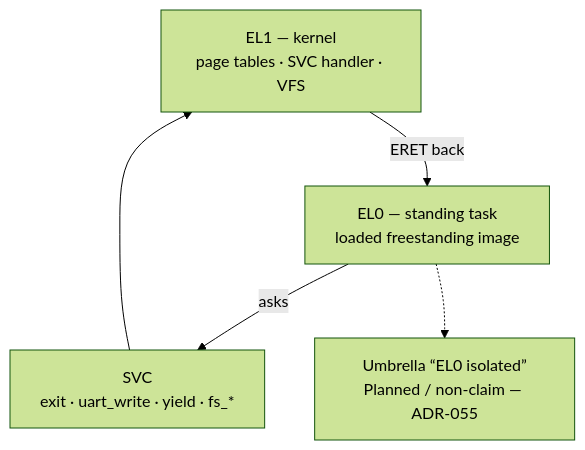
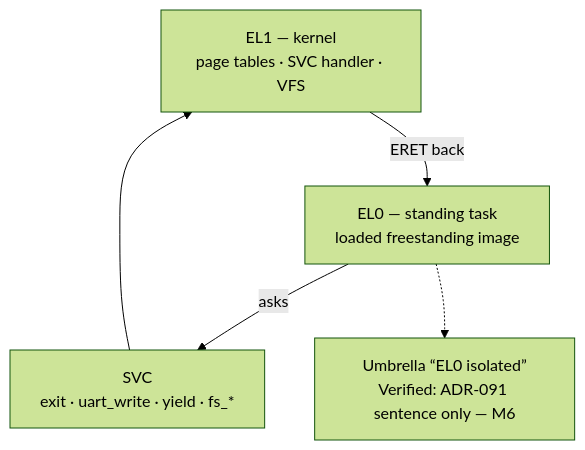
The second of 6 diagrams in docs/02-architecture/technical-architecture.md (artofdream/ctos), drawn with Mermaid (forest theme) before and after one commit. The commit also changed other lines of this file and 39 other files, not shown here.

First line of the commit message:
﻿docs: M6 "EL0 isolated" flip - ADR-091 Accepted (B3 met), threat model v1.70

````diff
--- a/docs/02-architecture/technical-architecture.md
+++ b/docs/02-architecture/technical-architecture.md
@@ -33,10 +33,10 @@
 ```mermaid
 flowchart TD
   EL1["EL1 — kernel<br/>page tables · SVC handler · VFS"]
   EL0["EL0 — standing task<br/>loaded freestanding image"]
   SVC["SVC<br/>exit · uart_write · yield · fs_*"]
-  UMB["Umbrella “EL0 isolated”<br/>Planned / non-claim — ADR-055"]
+  UMB["Umbrella “EL0 isolated”<br/>Verified: ADR-091 sentence only — M6"]
   EL0 -->|"asks"| SVC --> EL1
   EL1 -->|"ERET back"| EL0
   EL0 -.-> UMB
 ```
````
